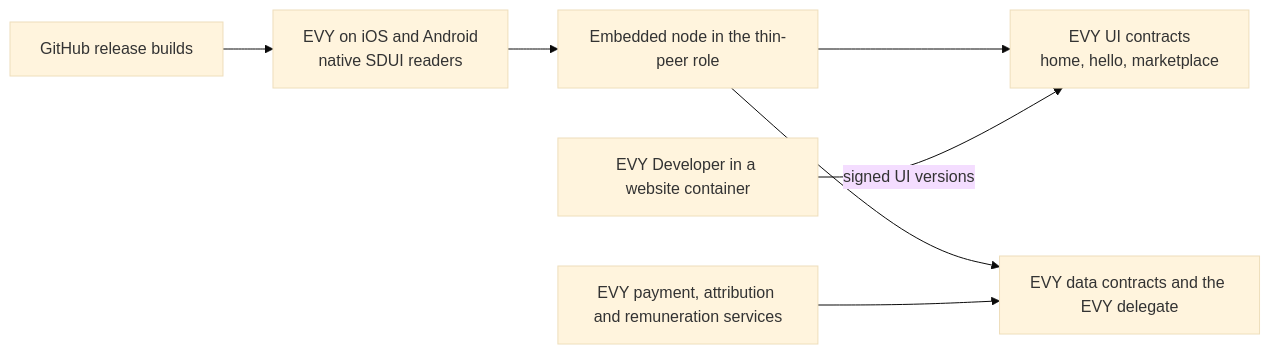
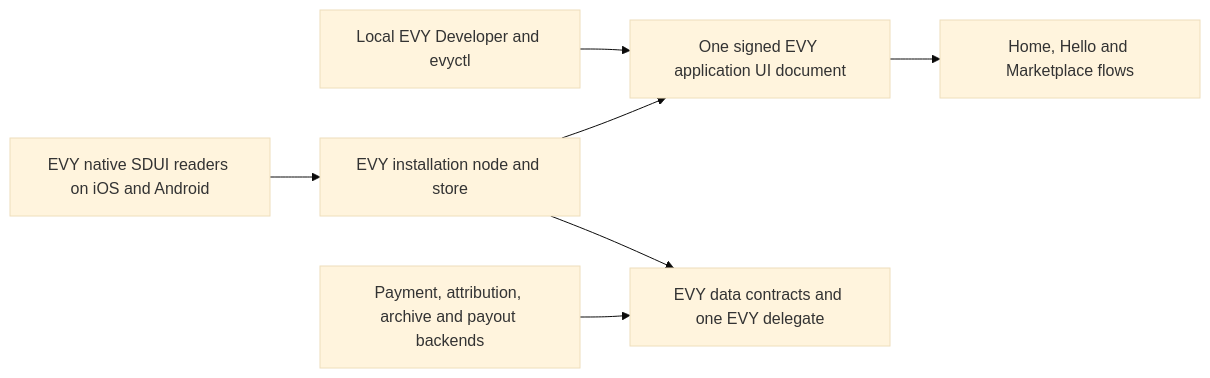
One commit to EVY-Platform/evy-freenet-plans changed the second of 2 diagrams in README.md. Above: the diagram before and after it, drawn with Mermaid (base theme). The commit also changed other lines of this file and 35 other files, not shown here.

````diff
--- a/README.md
+++ b/README.md
@@ -58,9 +49,9 @@
 ```mermaid
 flowchart LR
-    GH[GitHub release builds] --> Apps[EVY on iOS and Android<br>native SDUI readers]
-    Apps --> Node[Embedded node in the thin-peer role]
-    Node --> UI[EVY UI contracts<br>home, hello, marketplace]
-    Node --> Data[EVY data contracts and the EVY delegate]
-    Dev[EVY Developer in a website container] -->|signed UI versions| UI
-    Svc[EVY payment, attribution and remuneration services] --> Data
+    Author[Local EVY Developer and evyctl] --> Publication[One signed EVY application UI document]
+    Apps[EVY native SDUI readers on iOS and Android] --> Node[EVY installation node and store]
+    Node --> Publication
+    Node --> Data[EVY data contracts and one EVY delegate]
+    Publication --> Flows[Home, Hello and Marketplace flows]
+    Backend[Payment, attribution, archive and payout backends] --> Data
 ```
````
